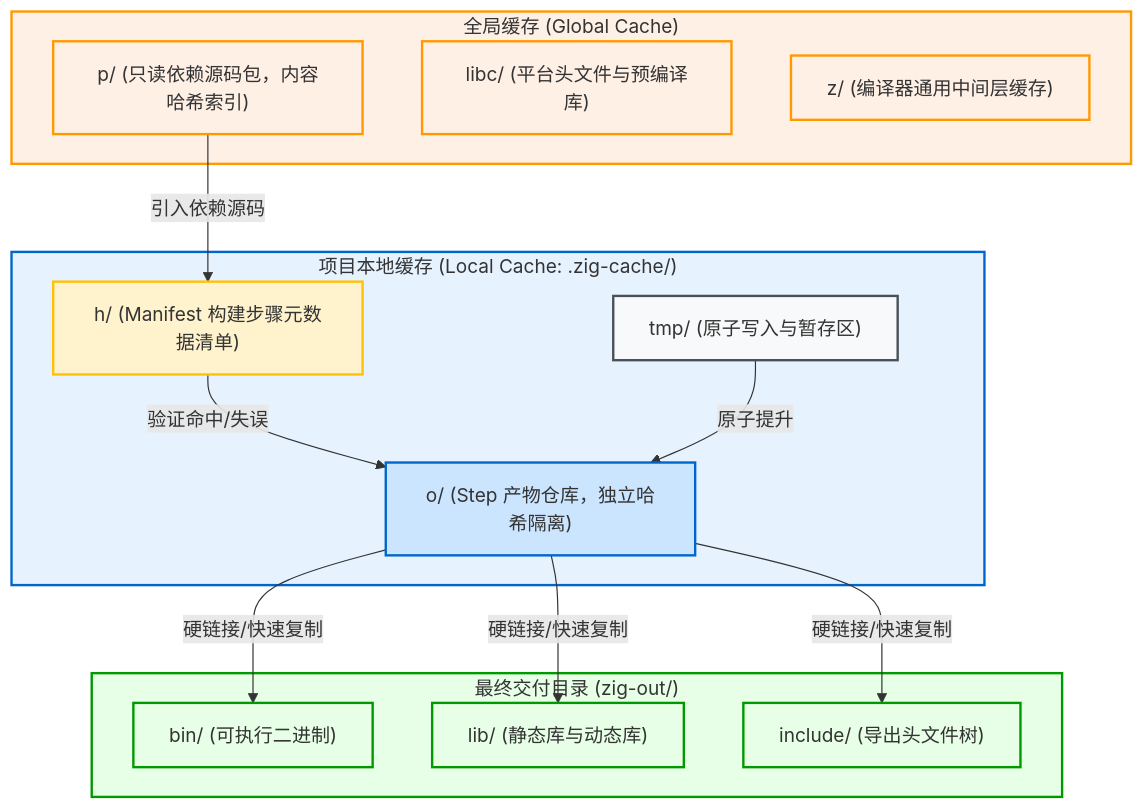
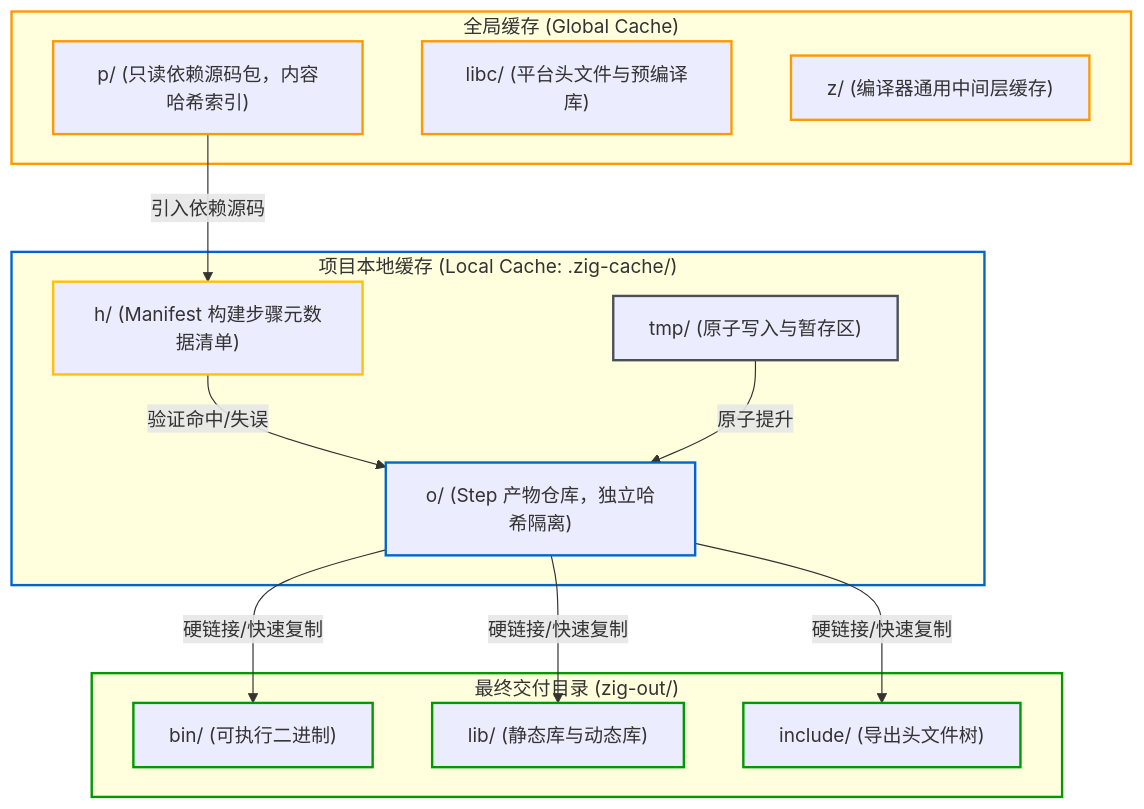
One commit to jiacai2050/x changed the first of 2 diagrams in zig-build/src/concepts/package-and-cache.md. Above: the diagram before and after it, drawn with Mermaid. The commit also changed other lines of this file and 65 other files, not shown here.

````diff
--- a/zig-build/src/concepts/package-and-cache.md
+++ b/zig-build/src/concepts/package-and-cache.md
@@ -128,41 +128,41 @@
 ```mermaid
 graph TD
     subgraph S_Global ["全局缓存 (Global Cache)"]
         G_Pkg["p/ (只读依赖源码包，内容哈希索引)"]
         G_Libc["libc/ (平台头文件与预编译库)"]
         G_Z["z/ (编译器通用中间层缓存)"]
     end
 
     subgraph S_Local ["项目本地缓存 (Local Cache: .zig-cache/)"]
         L_H["h/ (Manifest 构建步骤元数据清单)"]
         L_O["o/ (Step 产物仓库，独立哈希隔离)"]
         L_Tmp["tmp/ (原子写入与暂存区)"]
     end
 
     subgraph S_Out ["最终交付目录 (zig-out/)"]
         Out_Bin["bin/ (可执行二进制)"]
         Out_Lib["lib/ (静态库与动态库)"]
         Out_Inc["include/ (导出头文件树)"]
     end
 
     G_Pkg -- "引入依赖源码" --> L_H
     L_H -- "验证命中/失误" --> L_O
     L_Tmp -- "原子提升" --> L_O
     L_O -- "硬链接/快速复制" --> Out_Bin
     L_O -- "硬链接/快速复制" --> Out_Lib
     L_O -- "硬链接/快速复制" --> Out_Inc
 
-    classDef default fill:#f8f9fa,stroke:#495057;
-    style S_Global fill:#fff0e6,stroke:#ff9900,stroke-width:2px;
-    style S_Local fill:#e6f3ff,stroke:#0066cc,stroke-width:2px;
-    style S_Out fill:#e6ffe6,stroke:#009900,stroke-width:2px;
-    style G_Pkg fill:#fff0e6,stroke:#ff9900,stroke-width:2px;
-    style G_Libc fill:#fff0e6,stroke:#ff9900,stroke-width:2px;
-    style G_Z fill:#fff0e6,stroke:#ff9900,stroke-width:2px;
-    style L_H fill:#fff3cd,stroke:#ffc107,stroke-width:2px;
-    style L_O fill:#cce5ff,stroke:#0066cc,stroke-width:2px;
-    style L_Tmp fill:#f8f9fa,stroke:#495057,stroke-width:2px;
-    style Out_Bin fill:#e6ffe6,stroke:#009900,stroke-width:2px;
-    style Out_Lib fill:#e6ffe6,stroke:#009900,stroke-width:2px;
-    style Out_Inc fill:#e6ffe6,stroke:#009900,stroke-width:2px;
+    classDef default stroke:#495057;
+    style S_Global stroke:#ff9900,stroke-width:2px;
+    style S_Local stroke:#0066cc,stroke-width:2px;
+    style S_Out stroke:#009900,stroke-width:2px;
+    style G_Pkg stroke:#ff9900,stroke-width:2px;
+    style G_Libc stroke:#ff9900,stroke-width:2px;
+    style G_Z stroke:#ff9900,stroke-width:2px;
+    style L_H stroke:#ffc107,stroke-width:2px;
+    style L_O stroke:#0066cc,stroke-width:2px;
+    style L_Tmp stroke:#495057,stroke-width:2px;
+    style Out_Bin stroke:#009900,stroke-width:2px;
+    style Out_Lib stroke:#009900,stroke-width:2px;
+    style Out_Inc stroke:#009900,stroke-width:2px;
 ```
````
